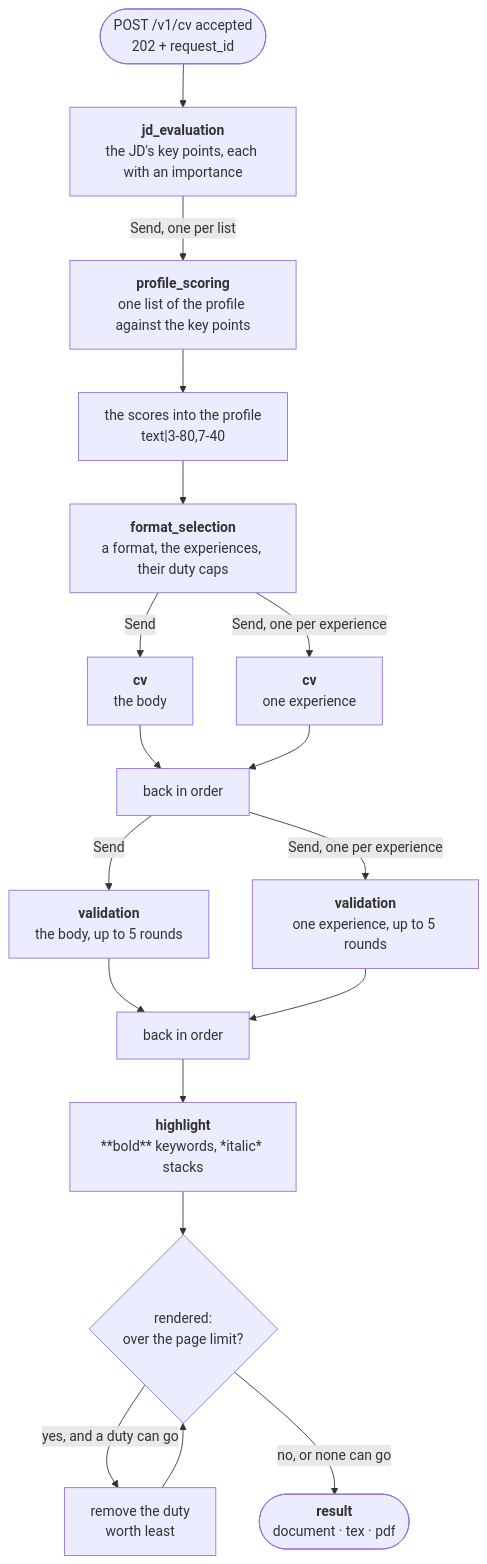
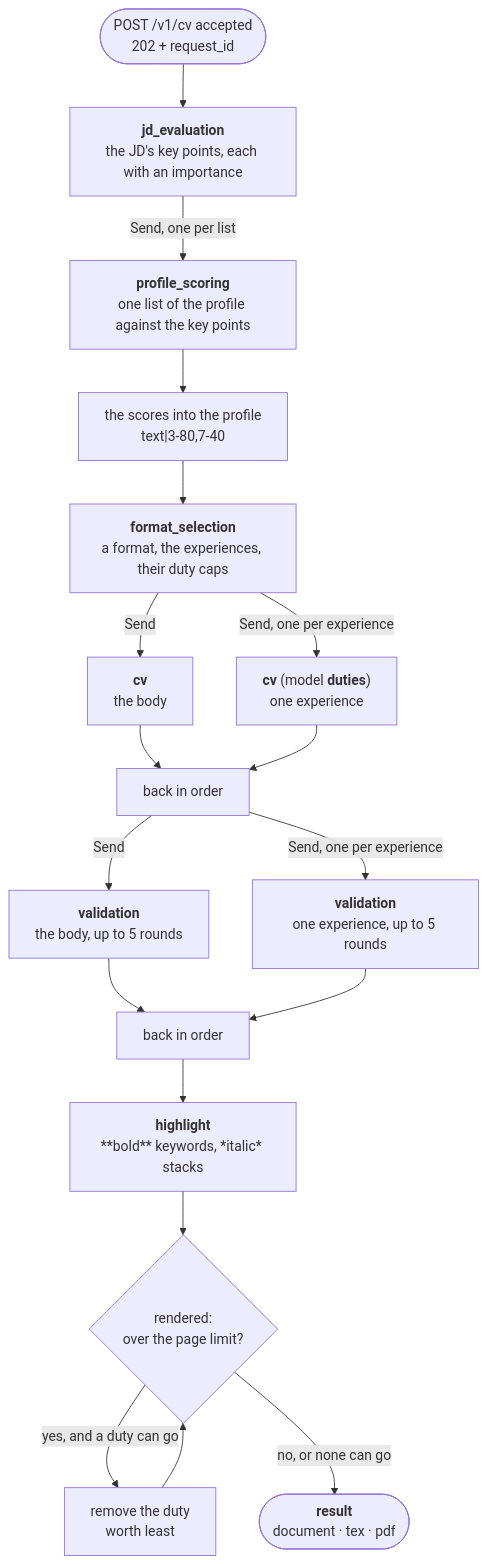
One commit to gcontini/ats-strike changed the diagram in doc/cv-pipeline.md. Above: the diagram before and after it, drawn with Mermaid. The commit also changed other lines of this file and 22 other files, not shown here.

Commit message:
separated summary model from duties model

````diff
--- a/doc/cv-pipeline.md
+++ b/doc/cv-pipeline.md
@@ -13,19 +13,19 @@
 ```mermaid
 flowchart TD
     START(["POST /v1/cv accepted<br/>202 + request_id"]) --> JD["<b>jd_evaluation</b><br/>the JD's key points, each with an importance"]
     JD -->|"Send, one per list"| SC["<b>profile_scoring</b><br/>one list of the profile against the key points"]
     SC --> MS["the scores into the profile<br/>text|3-80,7-40"]
     MS --> FS["<b>format_selection</b><br/>a format, the experiences, their duty caps"]
     FS -->|"Send"| WB["<b>cv</b><br/>the body"]
-    FS -->|"Send, one per experience"| WD["<b>cv</b><br/>one experience"]
+    FS -->|"Send, one per experience"| WD["<b>cv</b> (model <b>duties</b>)<br/>one experience"]
     WB --> CC["back in order"]
     WD --> CC
     CC -->|"Send"| VB["<b>validation</b><br/>the body, up to 5 rounds"]
     CC -->|"Send, one per experience"| VD["<b>validation</b><br/>one experience, up to 5 rounds"]
     VB --> CK["back in order"]
     VD --> CK
     CK --> HL["<b>highlight</b><br/>**bold** keywords, *italic* stacks"]
     HL --> R{"rendered:<br/>over the page limit?"}
     R -->|"yes, and a duty can go"| TRIM["remove the duty<br/>worth least"] --> R
     R -->|"no, or none can go"| FIN(["<b>result</b><br/>document · tex · pdf"])
 ```
````
